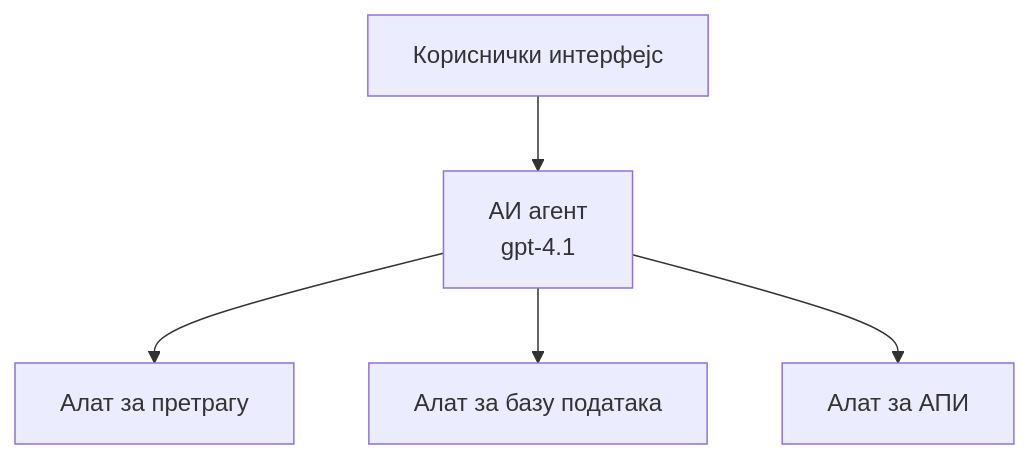
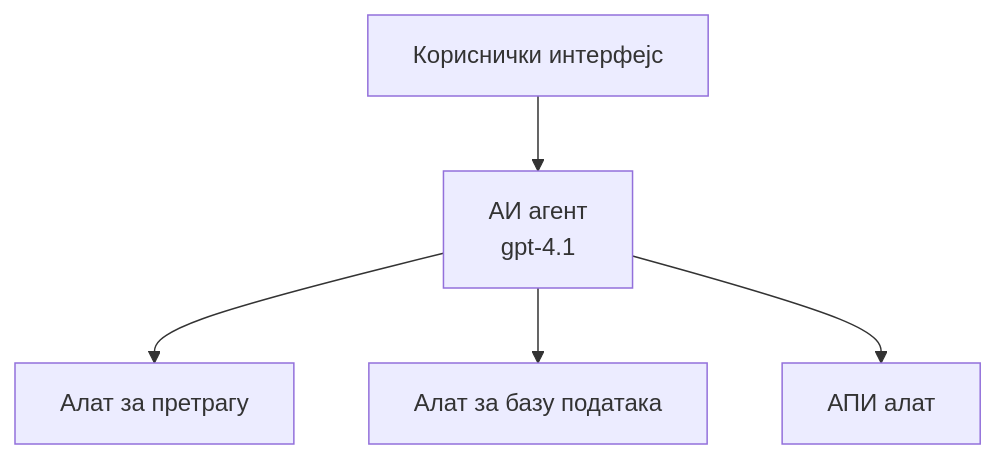
The first of 3 diagrams in translations/sr/docs/chapter-02-ai-development/agents.md (microsoft/AZD-for-beginners), drawn with Mermaid before and after one commit. The commit also changed other lines of this file and 101 other files, not shown here.

````diff
--- a/translations/sr/docs/chapter-02-ai-development/agents.md
+++ b/translations/sr/docs/chapter-02-ai-development/agents.md
@@ -152,7 +157,7 @@
 ```mermaid
 graph TD
     UI[Кориснички интерфејс] --> Agent[АИ агент<br/>gpt-4.1]
     Agent --> Search[Алат за претрагу]
     Agent --> Database[Алат за базу података]
-    Agent --> API[Алат за АПИ]
+    Agent --> API[АПИ алат]
 ```
````
